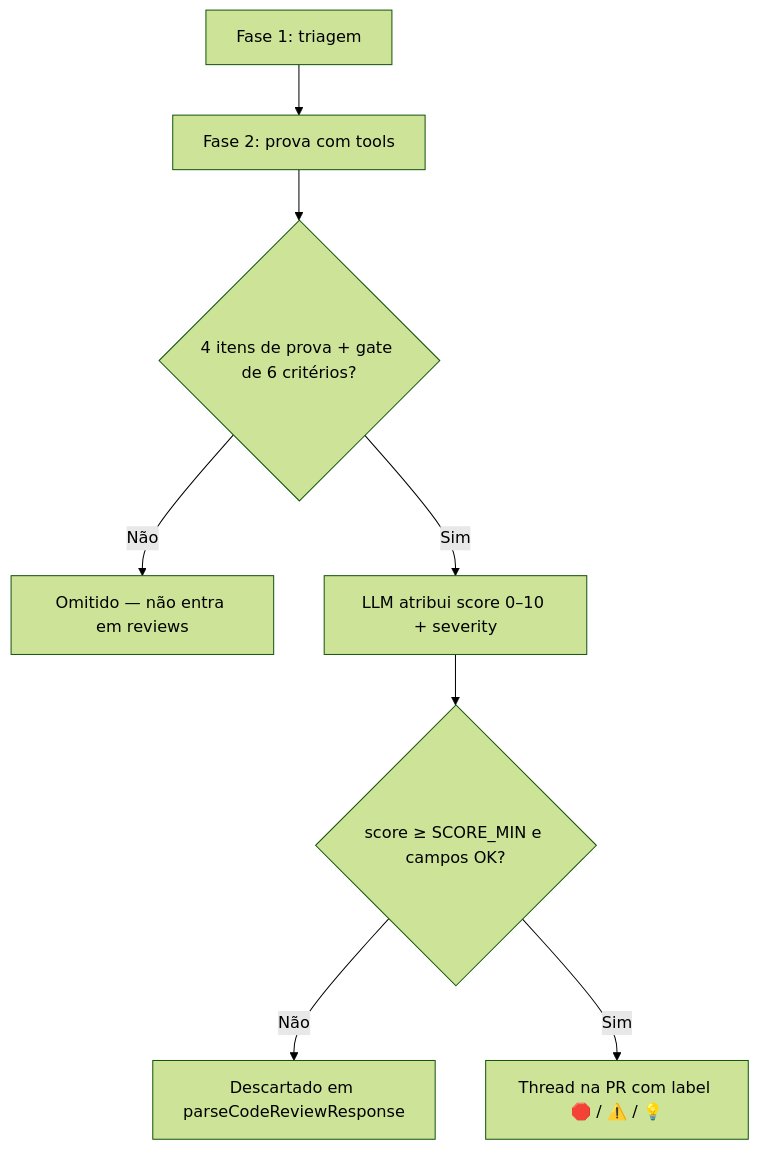
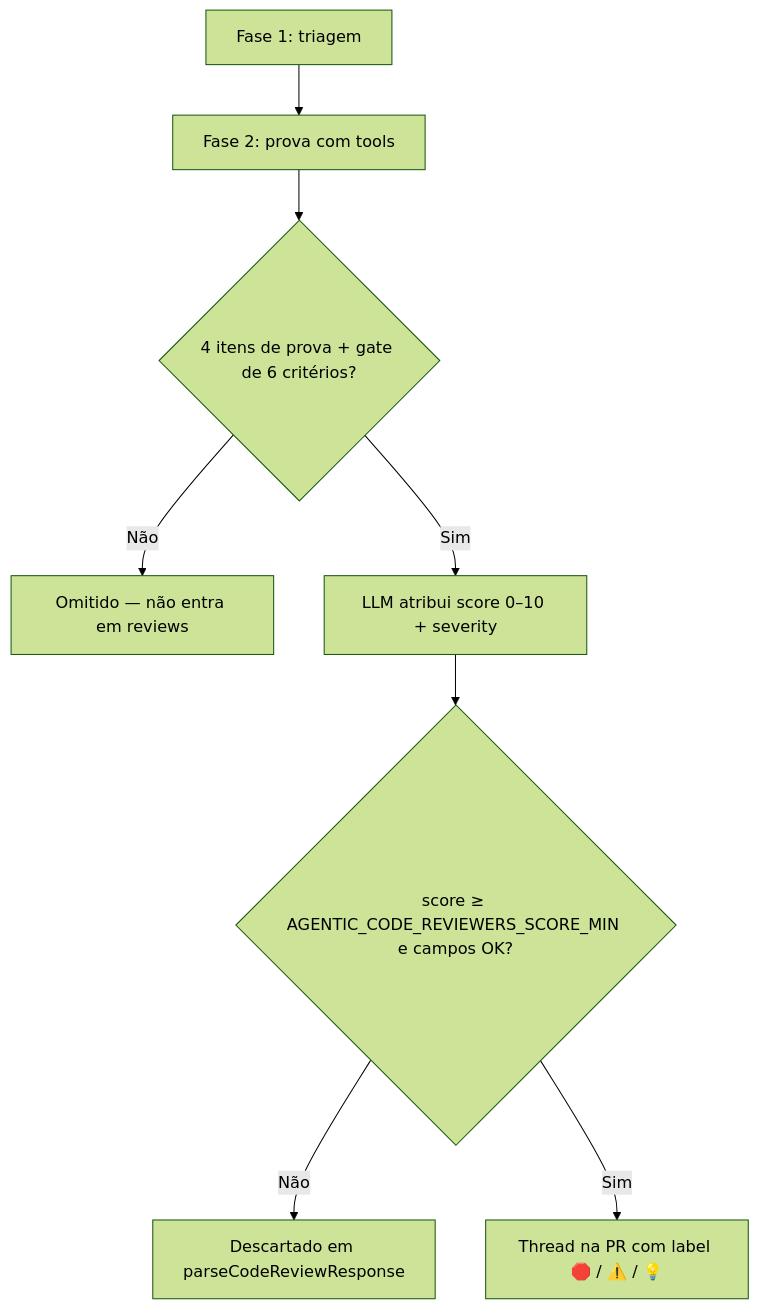
One commit to jpolvora/agentic-code-reviewers changed the diagram in docs/score_calc.md. Above: the diagram before and after it, drawn with Mermaid (forest theme). The commit also changed other lines of this file and 24 other files, not shown here.

First line of the commit message:
refactor(config): prefix env vars with AGENTIC_CODE_REVIEWERS_

````diff
--- a/docs/score_calc.md
+++ b/docs/score_calc.md
@@ -15,10 +16,10 @@
 ```mermaid
 flowchart TD
     A[Fase 1: triagem] --> B[Fase 2: prova com tools]
     B --> C{4 itens de prova + gate de 6 critérios?}
     C -->|Não| D[Omitido — não entra em reviews]
     C -->|Sim| E[LLM atribui score 0–10 + severity]
-    E --> F{score ≥ SCORE_MIN e campos OK?}
+    E --> F{score ≥ AGENTIC_CODE_REVIEWERS_SCORE_MIN e campos OK?}
     F -->|Não| G[Descartado em parseCodeReviewResponse]
     F -->|Sim| H[Thread na PR com label 🛑 / ⚠️ / 💡]
 ```
````
